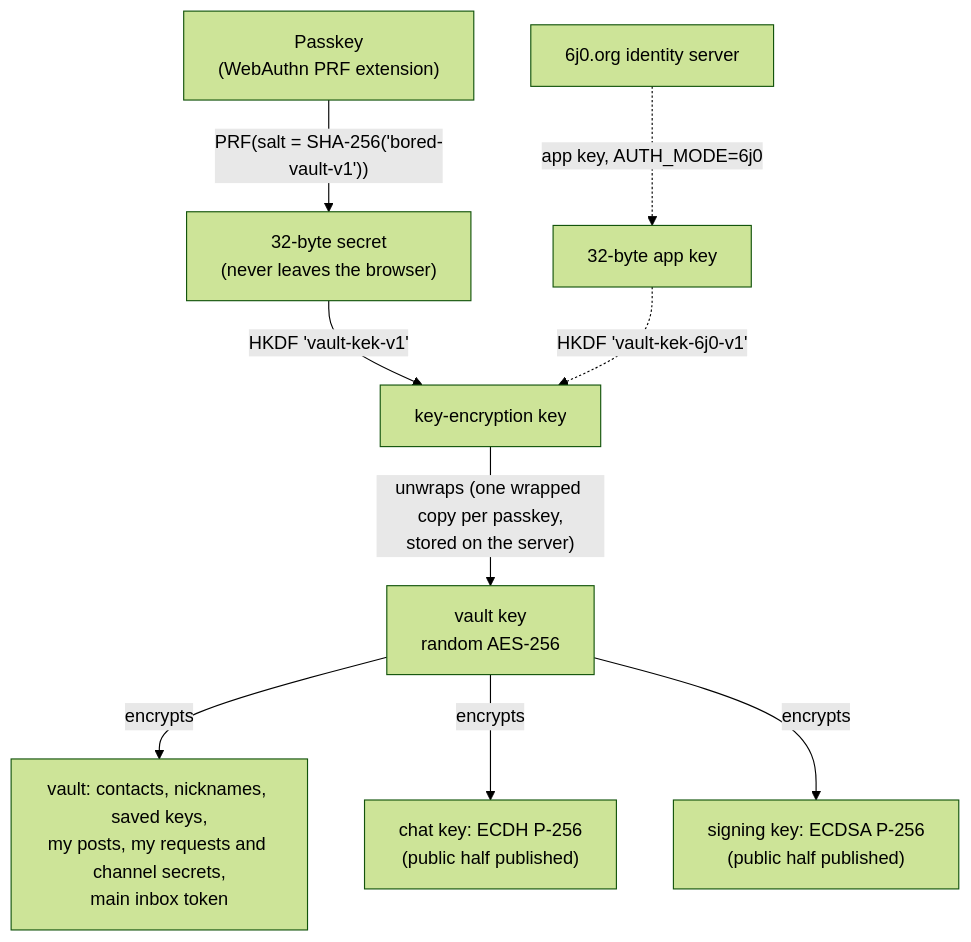
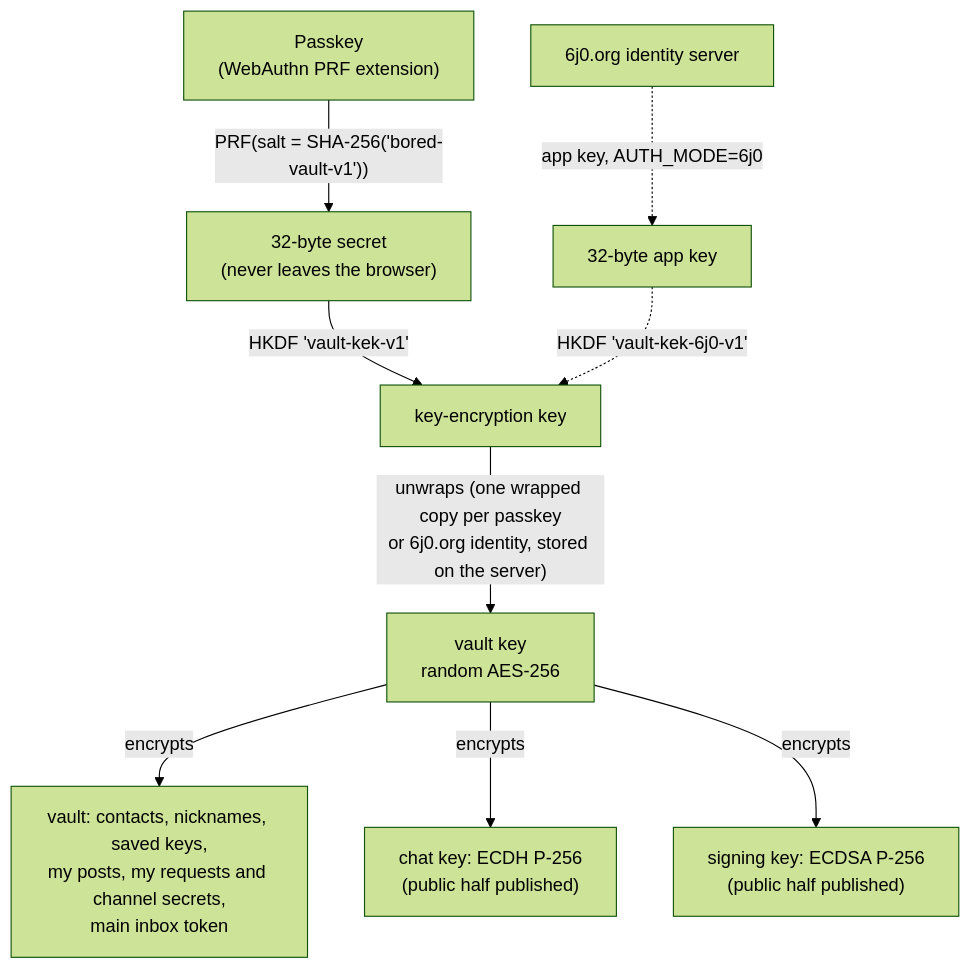
The second of 8 diagrams in docs/encryption.md (6j0-org/bored), drawn with Mermaid (forest theme) before and after one commit. The commit also changed other lines of this file and 19 other files, not shown here.

````diff
--- a/docs/encryption.md
+++ b/docs/encryption.md
@@ -84,11 +84,11 @@
 ```mermaid
 flowchart TD
   PK["Passkey<br/>(WebAuthn PRF extension)"] -->|"PRF(salt = SHA-256('bored-vault-v1'))"| PRF["32-byte secret<br/>(never leaves the browser)"]
   ID["6j0.org identity server"] -.->|"app key, AUTH_MODE=6j0"| APP["32-byte app key"]
   PRF -->|"HKDF 'vault-kek-v1'"| KEK["key-encryption key"]
   APP -.->|"HKDF 'vault-kek-6j0-v1'"| KEK
-  KEK -->|"unwraps (one wrapped copy per passkey,<br/>stored on the server)"| VK["vault key<br/>random AES-256"]
+  KEK -->|"unwraps (one wrapped copy per passkey<br/>or 6j0.org identity, stored on the server)"| VK["vault key<br/>random AES-256"]
   VK -->|encrypts| V["vault: contacts, nicknames, saved keys,<br/>my posts, my requests and channel secrets,<br/>main inbox token"]
   VK -->|encrypts| CK["chat key: ECDH P-256<br/>(public half published)"]
   VK -->|encrypts| SK["signing key: ECDSA P-256<br/>(public half published)"]
 ```
````
